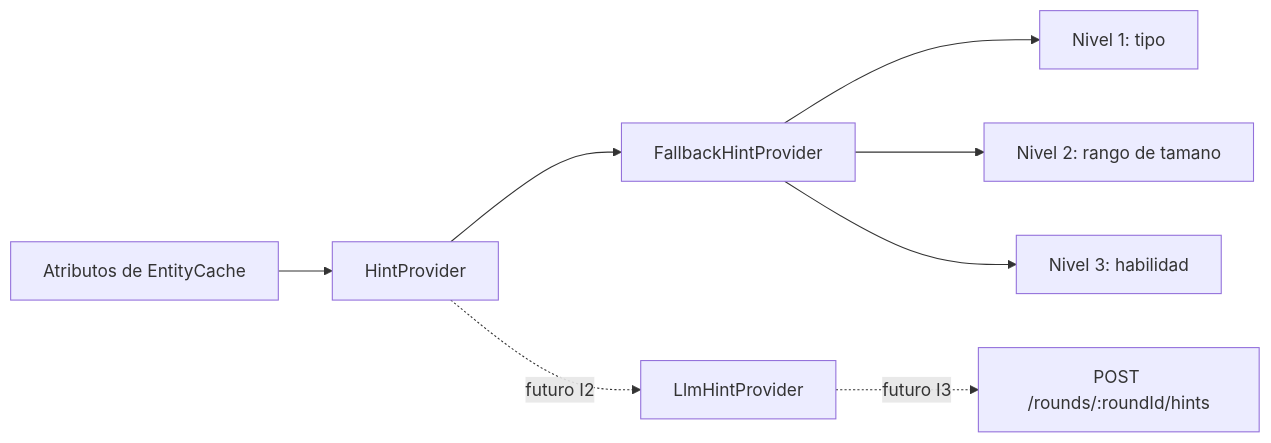
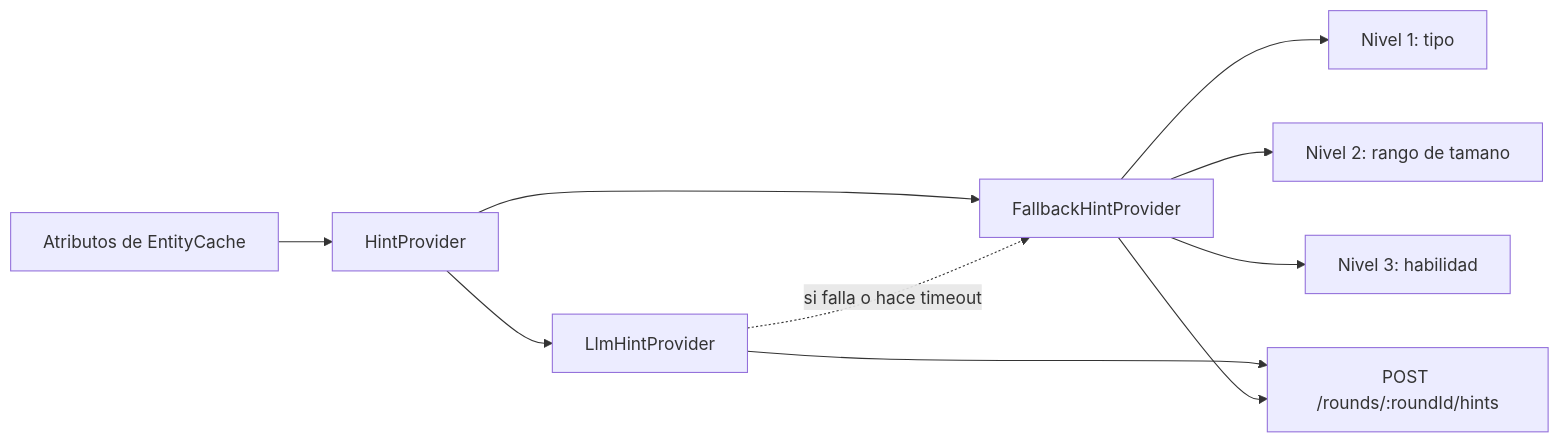
One commit to rkrautz10/Adivina_Personaje changed the fifth of 5 diagrams in docs/FLUJO_JUEGO.md. Above: the diagram before and after it, drawn with Mermaid. The commit also changed other lines of this file and 2 other files, not shown here.

Commit message:
docs: add architecture decisions and align diagrams

````diff
--- a/docs/FLUJO_JUEGO.md
+++ b/docs/FLUJO_JUEGO.md
@@ -169,11 +166,12 @@
 ```mermaid
 flowchart LR
     Attrs[Atributos de EntityCache] --> Provider[HintProvider]
+    Provider --> LLM[LlmHintProvider]
     Provider --> Fallback[FallbackHintProvider]
+    LLM -. si falla o hace timeout .-> Fallback
     Fallback --> Level1[Nivel 1: tipo]
     Fallback --> Level2[Nivel 2: rango de tamano]
     Fallback --> Level3[Nivel 3: habilidad]
-
-    Provider -. futuro I2 .-> LLM[LlmHintProvider]
-    LLM -. futuro I3 .-> Endpoint[POST /rounds/:roundId/hints]
+    LLM --> Endpoint[POST /rounds/:roundId/hints]
+    Fallback --> Endpoint
 ```
````
